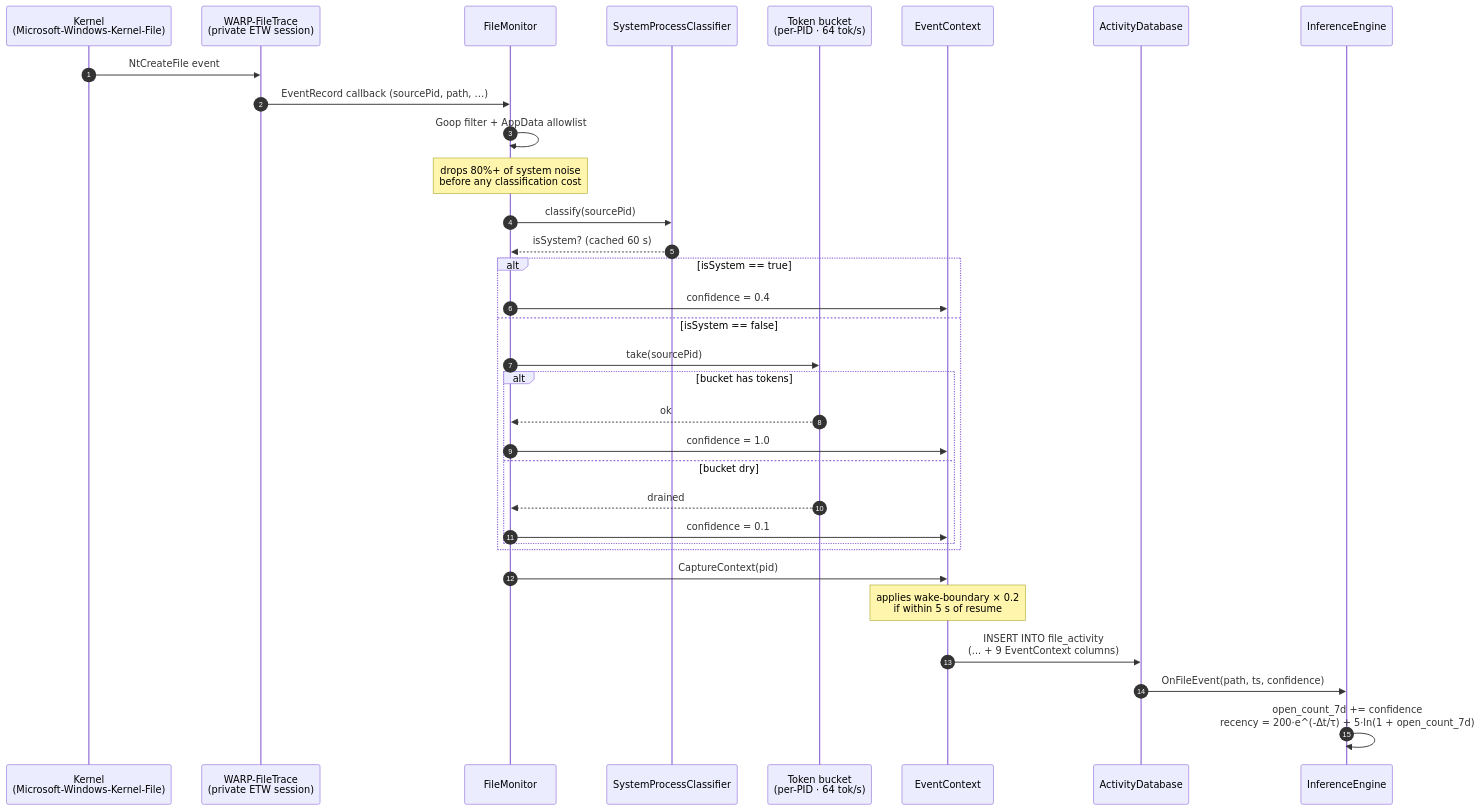
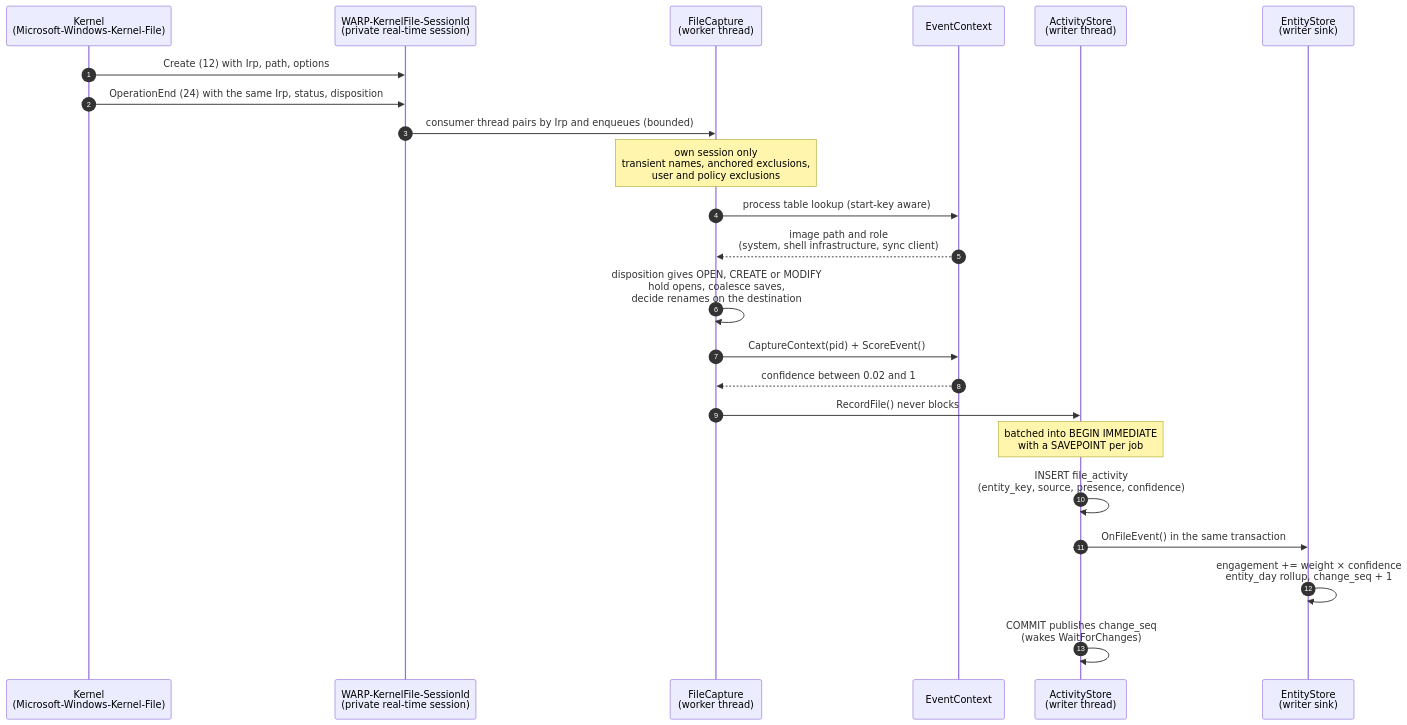
Before and after one commit to sumanthewhiz/WARP: the second of 5 diagrams in README.md, drawn with Mermaid. The commit also changed other lines of this file and 111 other files, not shown here.

First line of the commit message:
WARP 6.0.0: always-on agent, entity store, history layer, API v2

````diff
--- a/README.md
+++ b/README.md
@@ -195,38 +210,26 @@
 ```mermaid
 sequenceDiagram
     autonumber
     participant K   as Kernel<br/>(Microsoft-Windows-Kernel-File)
-    participant ETW as WARP-FileTrace<br/>(private ETW session)
-    participant FM  as FileMonitor
-    participant SPC as SystemProcessClassifier
-    participant TB  as Token bucket<br/>(per-PID · 64 tok/s)
+    participant ETW as WARP-KernelFile-SessionId<br/>(private real-time session)
+    participant FC  as FileCapture<br/>(worker thread)
     participant EC  as EventContext
-    participant DB  as ActivityDatabase
-    participant IE  as InferenceEngine
+    participant ST  as ActivityStore<br/>(writer thread)
+    participant ESN as EntityStore<br/>(writer sink)
 
-    K->>ETW: NtCreateFile event
-    ETW->>FM: EventRecord callback (sourcePid, path, …)
-    FM->>FM: Goop filter + AppData allowlist
-    Note over FM: drops 80%+ of system noise<br/>before any classification cost
-    FM->>SPC: classify(sourcePid)
-    SPC-->>FM: isSystem? (cached 60 s)
-
-    alt isSystem == true
-        FM->>EC: confidence = 0.4
-    else isSystem == false
-        FM->>TB: take(sourcePid)
-        alt bucket has tokens
-            TB-->>FM: ok
-            FM->>EC: confidence = 1.0
-        else bucket dry
-            TB-->>FM: drained
-            FM->>EC: confidence = 0.1
-        end
-    end
-
-    FM->>EC: CaptureContext(pid)
-    Note over EC: applies wake-boundary × 0.2<br/>if within 5 s of resume
-    EC->>DB: INSERT INTO file_activity<br/>(... + 9 EventContext columns)
-    DB->>IE: OnFileEvent(path, ts, confidence)
-    IE->>IE: open_count_7d += confidence<br/>recency = 200·e^(-Δt/τ) + 5·ln(1 + open_count_7d)
+    K->>ETW: Create (12) with Irp, path, options
+    K->>ETW: OperationEnd (24) with the same Irp, status, disposition
+    ETW->>FC: consumer thread pairs by Irp and enqueues (bounded)
+    Note over FC: own session only<br/>transient names, anchored exclusions,<br/>user and policy exclusions
+    FC->>EC: process table lookup (start-key aware)
+    EC-->>FC: image path and role<br/>(system, shell infrastructure, sync client)
+    FC->>FC: disposition gives OPEN, CREATE or MODIFY<br/>hold opens, coalesce saves,<br/>decide renames on the destination
+    FC->>EC: CaptureContext(pid) + ScoreEvent()
+    EC-->>FC: confidence between 0.02 and 1
+    FC->>ST: RecordFile() never blocks
+    Note over ST: batched into BEGIN IMMEDIATE<br/>with a SAVEPOINT per job
+    ST->>ST: INSERT file_activity<br/>(entity_key, source, presence, confidence)
+    ST->>ESN: OnFileEvent() in the same transaction
+    ESN->>ESN: engagement += weight × confidence<br/>entity_day rollup, change_seq + 1
+    ST->>ST: COMMIT publishes change_seq<br/>(wakes WaitForChanges)
 ```
````
